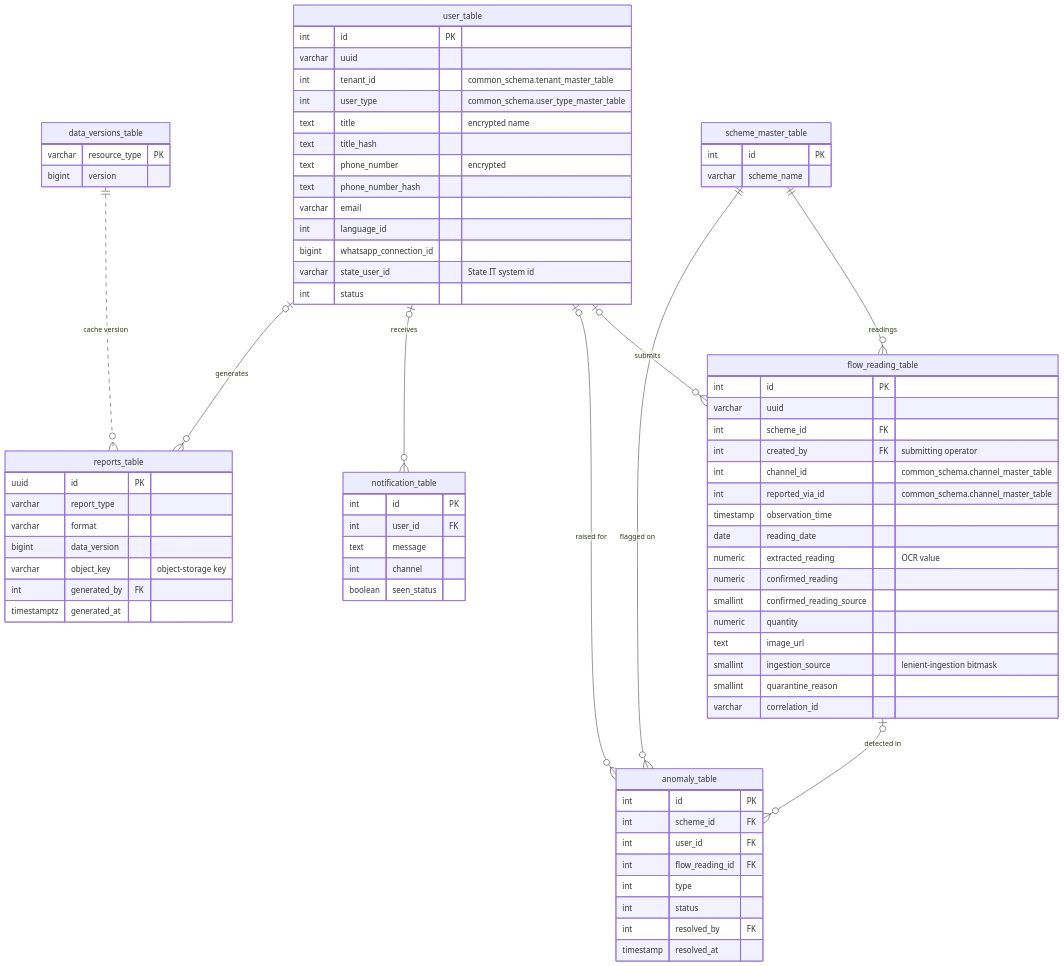
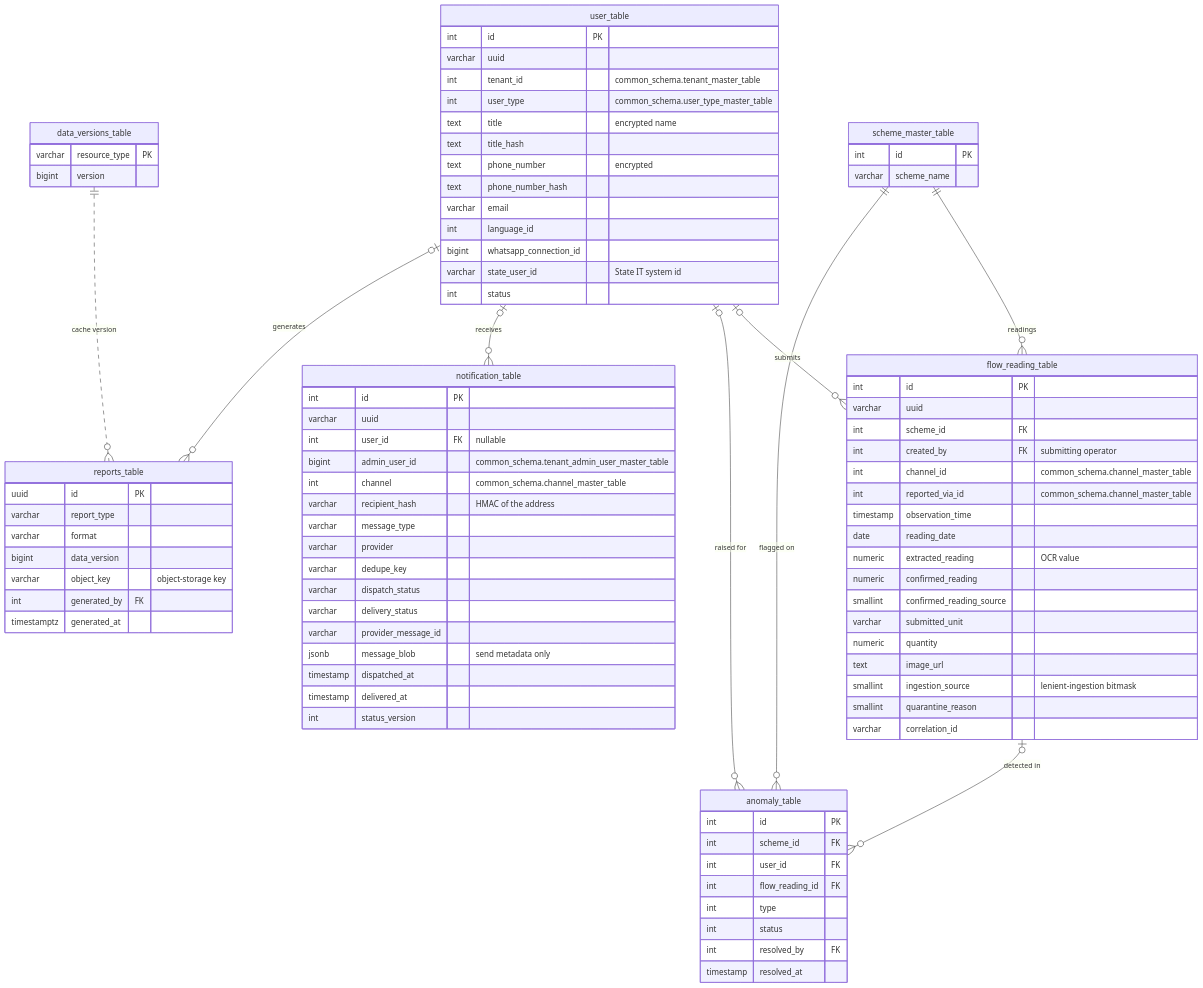
The fourth of 8 diagrams in gitbook/database-er-diagram.md (arghyam/JalSoochak), drawn with Mermaid before and after one commit. The commit also changed other lines of this file and 22 other files, not shown here.

```diff
--- a/gitbook/database-er-diagram.md
+++ b/gitbook/database-er-diagram.md
@@ -238,6 +239,7 @@
         numeric extracted_reading "OCR value"
         numeric confirmed_reading
         smallint confirmed_reading_source
+        varchar submitted_unit
         numeric quantity
         text image_url
         smallint ingestion_source "lenient-ingestion bitmask"
@@ -256,10 +258,21 @@
     }
     notification_table {
         int id PK
-        int user_id FK
-        text message
-        int channel
-        boolean seen_status
+        varchar uuid
+        int user_id FK "nullable"
+        bigint admin_user_id "common_schema.tenant_admin_user_master_table"
+        int channel "common_schema.channel_master_table"
+        varchar recipient_hash "HMAC of the address"
+        varchar message_type
+        varchar provider
+        varchar dedupe_key
+        varchar dispatch_status
+        varchar delivery_status
+        varchar provider_message_id
+        jsonb message_blob "send metadata only"
+        timestamp dispatched_at
+        timestamp delivered_at
+        int status_version
     }
     reports_table {
         uuid id PK
```
